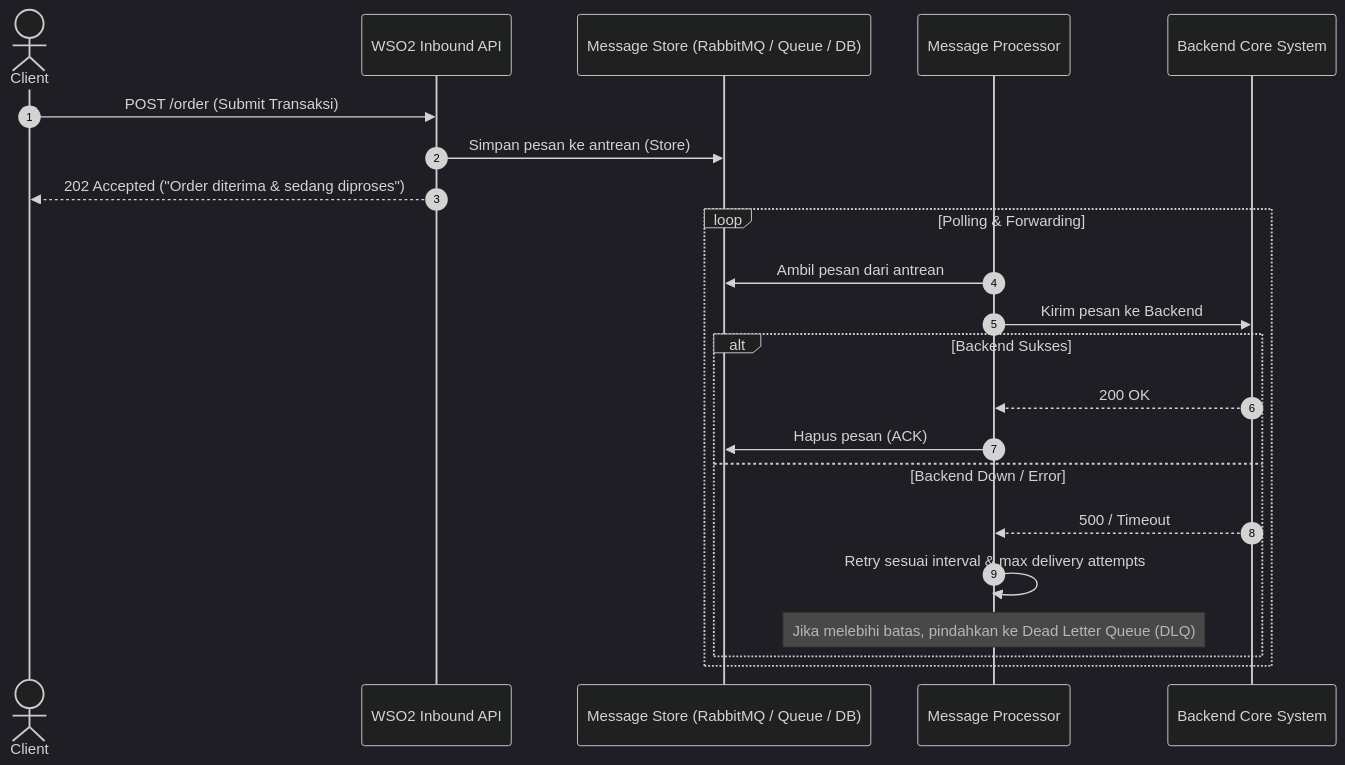
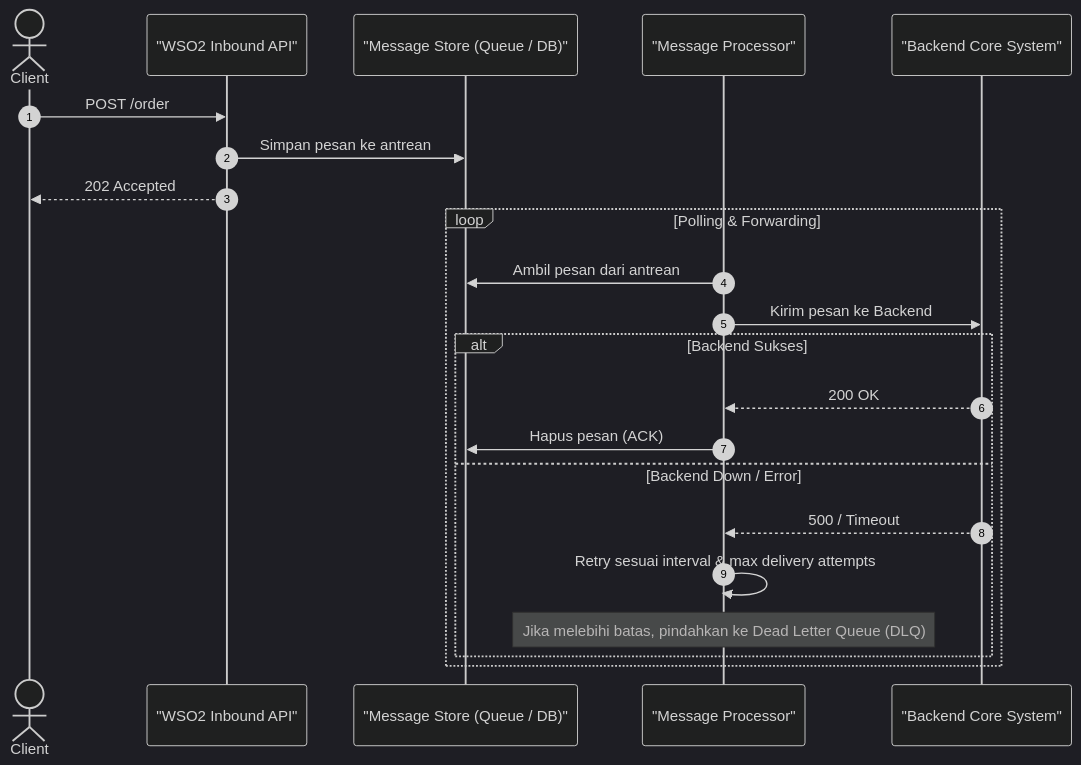
The diagram in materi/wso2/05_asynchronous_dan_reliability.md (jovancamorris/assa-learn-tech), drawn with Mermaid (dark theme) before and after one commit. The commit also changed 11 other files, not shown here.

````diff
--- a/materi/wso2/05_asynchronous_dan_reliability.md
+++ b/materi/wso2/05_asynchronous_dan_reliability.md
@@ -11,26 +11,26 @@
 ```mermaid
 sequenceDiagram
     autonumber
     actor Client
-    participant API as WSO2 Inbound API
-    participant Store as Message Store (RabbitMQ / Queue / DB)
-    participant Processor as Message Processor
-    participant Backend as Backend Core System
+    participant API as "WSO2 Inbound API"
+    participant Store as "Message Store (Queue / DB)"
+    participant Processor as "Message Processor"
+    participant Backend as "Backend Core System"
 
-    Client->>API: POST /order (Submit Transaksi)
-    API->>Store: Simpan pesan ke antrean (Store)
-    API-->>Client: 202 Accepted ("Order diterima & sedang diproses")
+    Client->>API: POST /order
+    API->>Store: Simpan pesan ke antrean
+    API-->>Client: 202 Accepted
     
     loop Polling & Forwarding
         Processor->>Store: Ambil pesan dari antrean
         Processor->>Backend: Kirim pesan ke Backend
         alt Backend Sukses
             Backend-->>Processor: 200 OK
             Processor->>Store: Hapus pesan (ACK)
         else Backend Down / Error
             Backend-->>Processor: 500 / Timeout
             Processor->>Processor: Retry sesuai interval & max delivery attempts
             Note over Processor: Jika melebihi batas, pindahkan ke Dead Letter Queue (DLQ)
         end
     end
 ```
````
